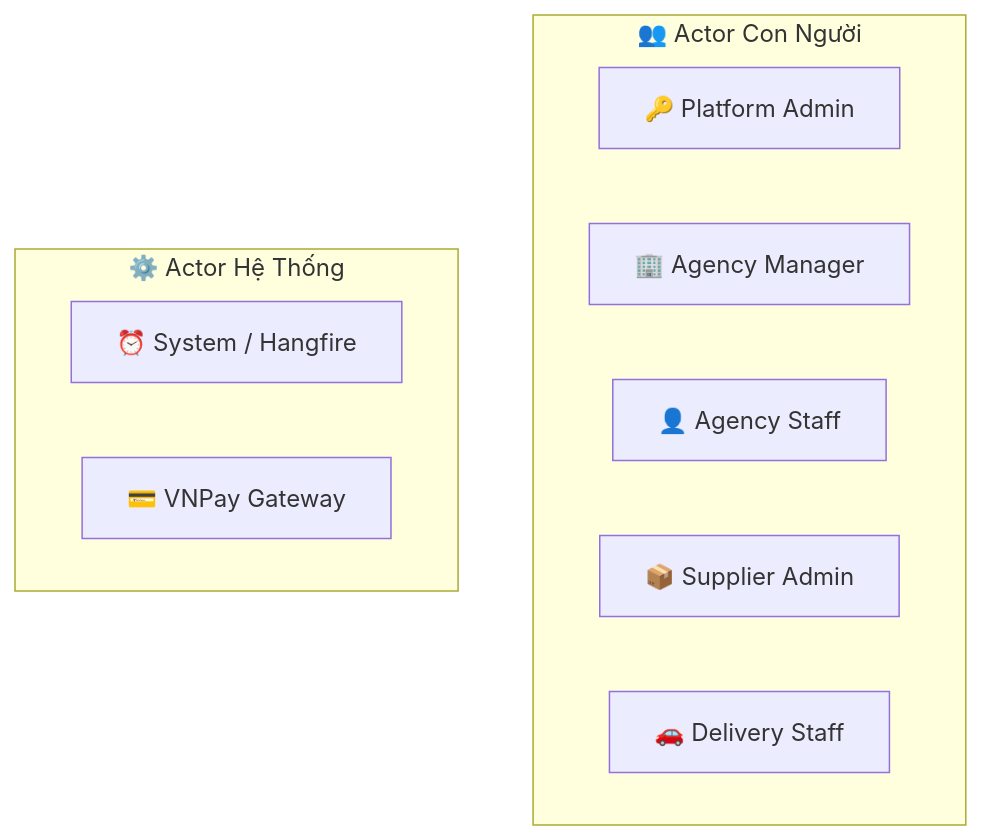
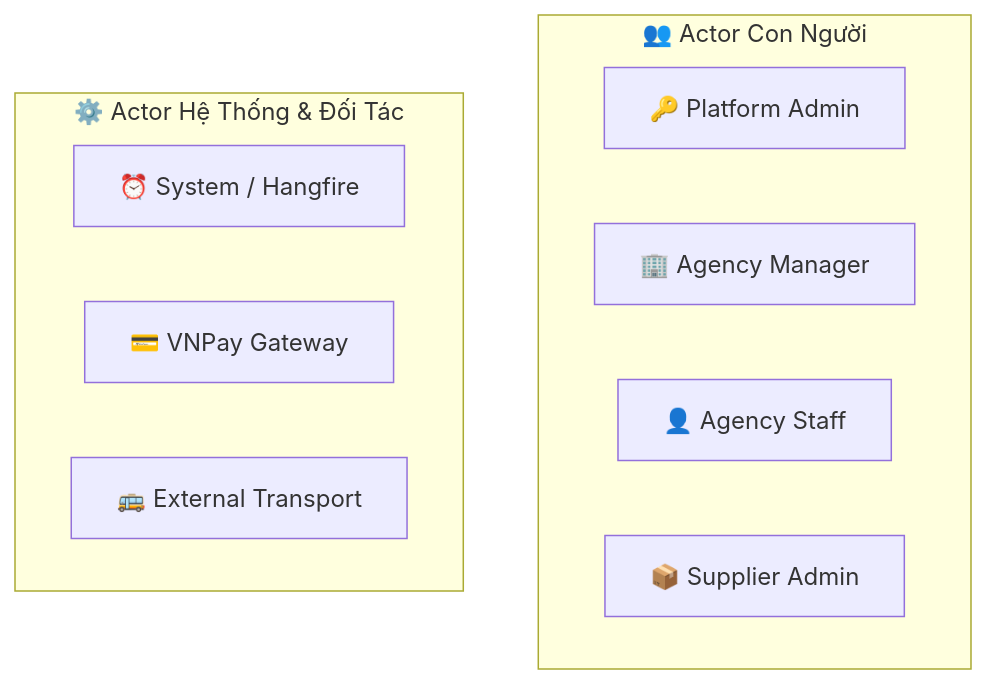
The second of 24 diagrams in docs/actors.md (thanh-16/B2B_Tour), drawn with Mermaid before and after one commit. The commit also changed other lines of this file and 1 other file, not shown here.

````diff
--- a/docs/actors.md
+++ b/docs/actors.md
@@ -37,15 +37,15 @@
 ```mermaid
 graph TB
     subgraph Human["👥 Actor Con Người"]
         PA["🔑 Platform Admin"]
         AM["🏢 Agency Manager"]
         AS["👤 Agency Staff"]
         SA["📦 Supplier Admin"]
-        DS["🚗 Delivery Staff"]
     end
 
-    subgraph System["⚙️ Actor Hệ Thống"]
+    subgraph System["⚙️ Actor Hệ Thống & Đối Tác"]
         SYS["⏰ System / Hangfire"]
         VNPAY["💳 VNPay Gateway"]
+        EXT["🚌 External Transport"]
     end
 ```
````
